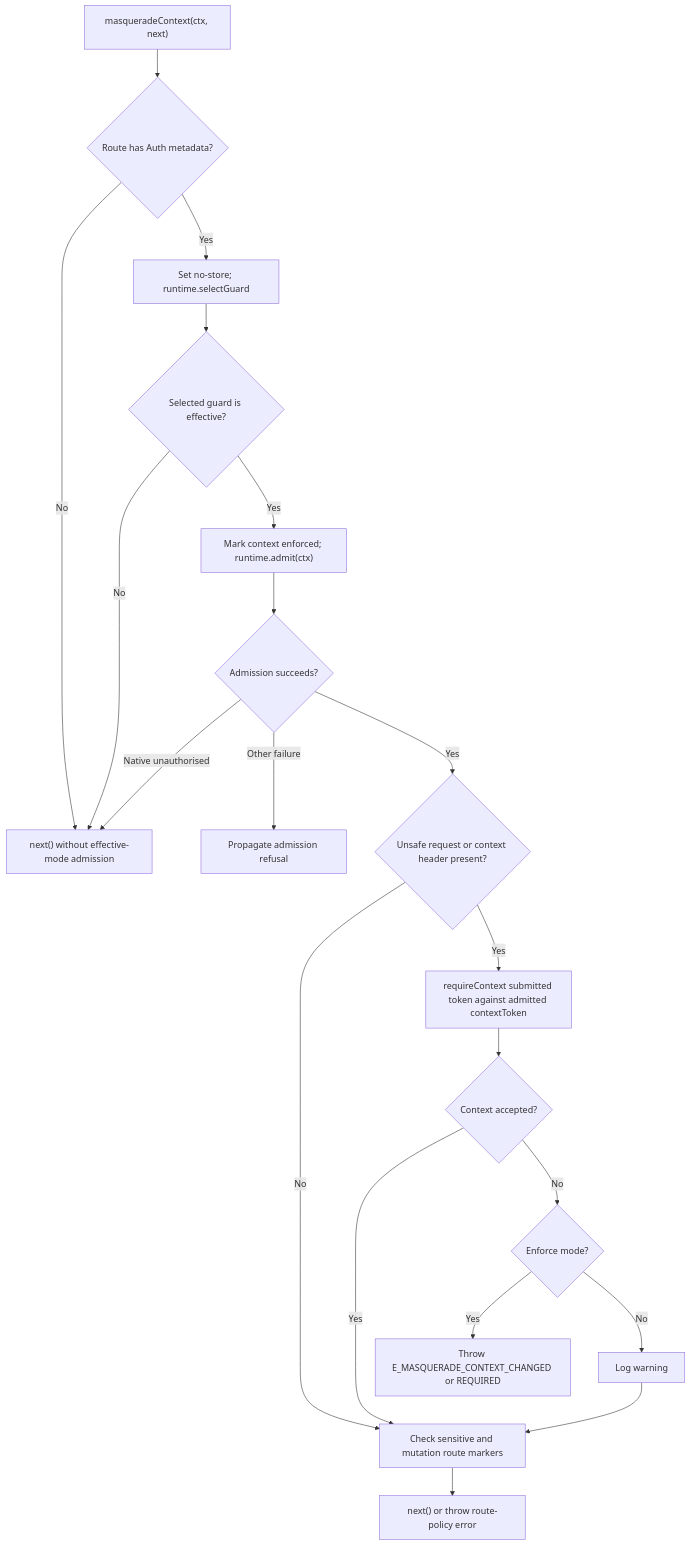
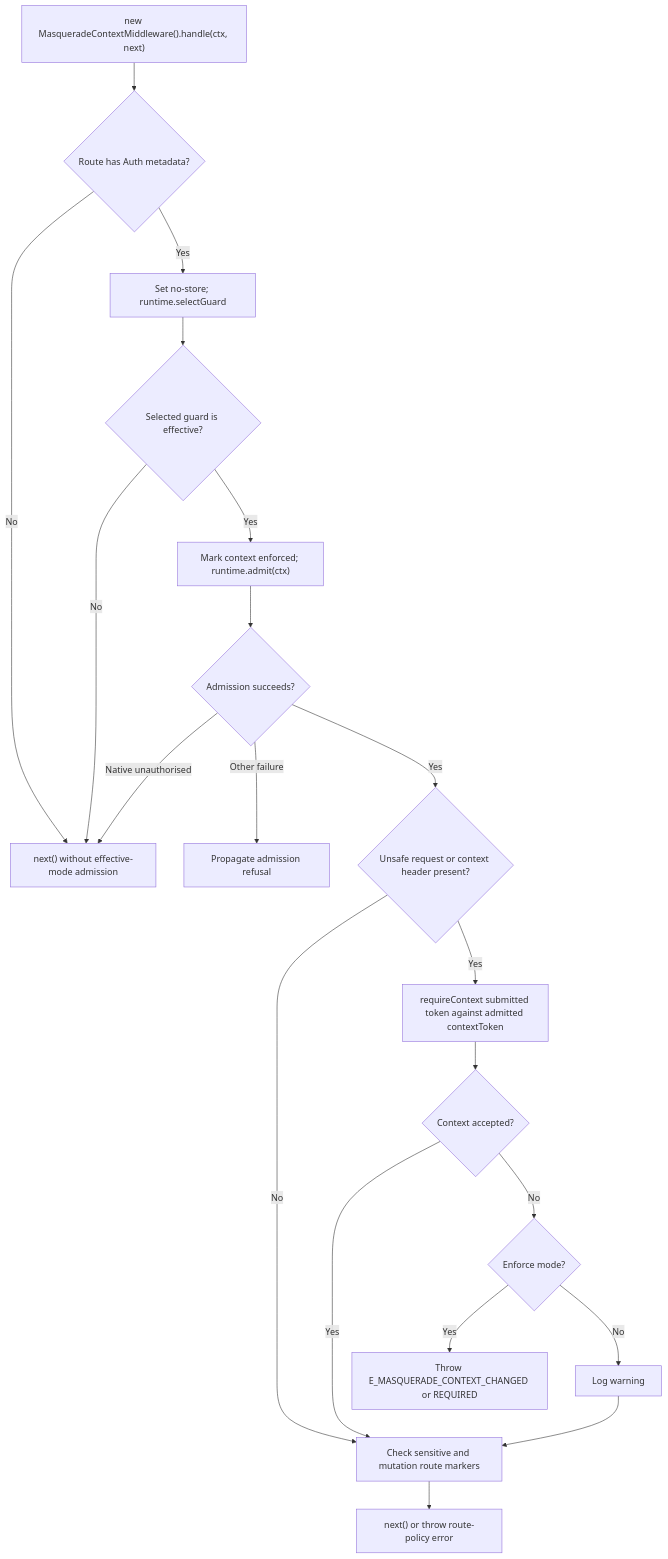
Before and after one commit to Kevinjohn/oss-adonisjs-masquerade: the second of 2 diagrams in user-stories/submit-context-token/us-context-01-submit-context-token.md, drawn with Mermaid. The commit also changed other lines of this file and 293 other files, not shown here.

````diff
--- a/user-stories/submit-context-token/us-context-01-submit-context-token.md
+++ b/user-stories/submit-context-token/us-context-01-submit-context-token.md
@@ -41,22 +41,22 @@
 ```mermaid
 flowchart TD
-    A["masqueradeContext(ctx, next)"] --> A2{"Route has Auth metadata?"}
+    A["new MasqueradeContextMiddleware().handle(ctx, next)"] --> A2{"Route has Auth metadata?"}
     A2 -->|No| D
     A2 -->|Yes| B["Set no-store; runtime.selectGuard"]
     B --> C{"Selected guard is effective?"}
     C -->|No| D["next() without effective-mode admission"]
     C -->|Yes| E["Mark context enforced; runtime.admit(ctx)"]
     E --> Q{"Admission succeeds?"}
     Q -->|Native unauthorised| D
     Q -->|Other failure| R["Propagate admission refusal"]
     Q -->|Yes| F{"Unsafe request or context header present?"}
     F -->|No| G["Check sensitive and mutation route markers"]
     F -->|Yes| H["requireContext submitted token against admitted contextToken"]
     H --> I{"Context accepted?"}
     I -->|Yes| G
     I -->|No| T{"Enforce mode?"}
     T -->|Yes| J["Throw E_MASQUERADE_CONTEXT_CHANGED or REQUIRED"]
     T -->|No| U["Log warning"]
     U --> G
     G --> K["next() or throw route-policy error"]
 ```
````
